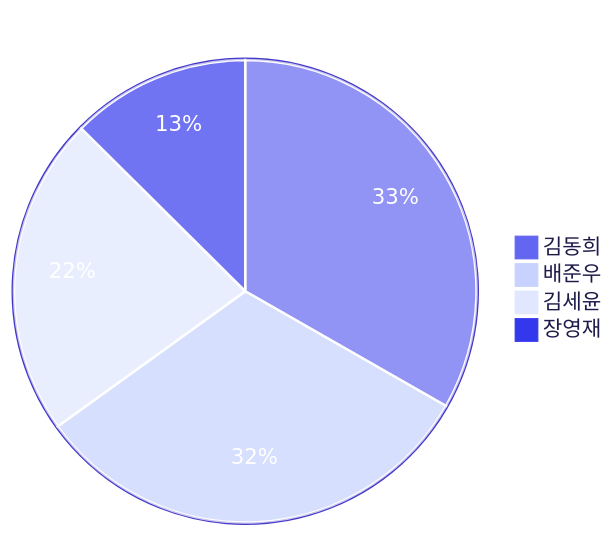
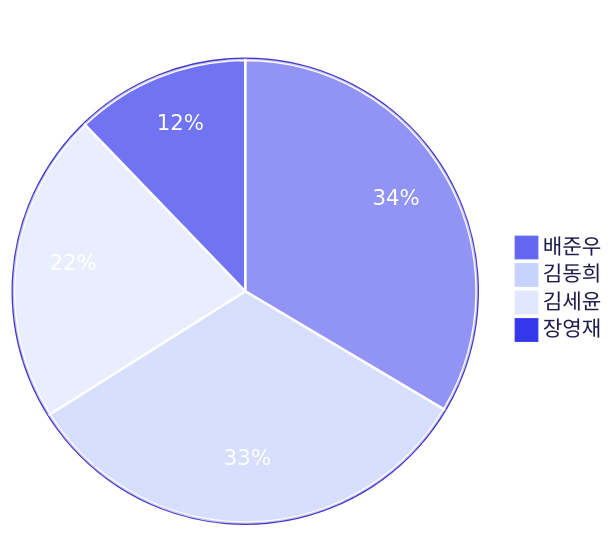
One commit to 3rd-project-team-1/ALYAC-market-team1 changed the third of 4 diagrams in README.md. Above: the diagram before and after it, drawn with Mermaid. The commit also changed other lines of this file, not shown here.

Commit message:
docs: 커밋 활동 차트 자동 업데이트 [skip ci]

````diff
--- a/README.md
+++ b/README.md
@@ -430,17 +430,17 @@
 ```mermaid
 %%{init: { 'theme': 'base', 'themeVariables': {
   'primaryColor': '#6366f1',
   'primaryTextColor': '#ffffff',
   'primaryBorderColor': '#4338ca',
   'secondaryColor': '#c7d2fe',
   'tertiaryColor': '#e0e7ff',
   'pieLegendTextColor': '#1e1b4b',
   'pieStrokeColor': '#ffffff',
   'pieOuterStrokeColor': '#4338ca'
 } } }%%
 pie title 기여자별 커밋 수
-  "김동희" : 159
-  "배준우" : 152
+  "배준우" : 165
+  "김동희" : 160
   "김세윤" : 107
   "장영재" : 60
 ```
````
